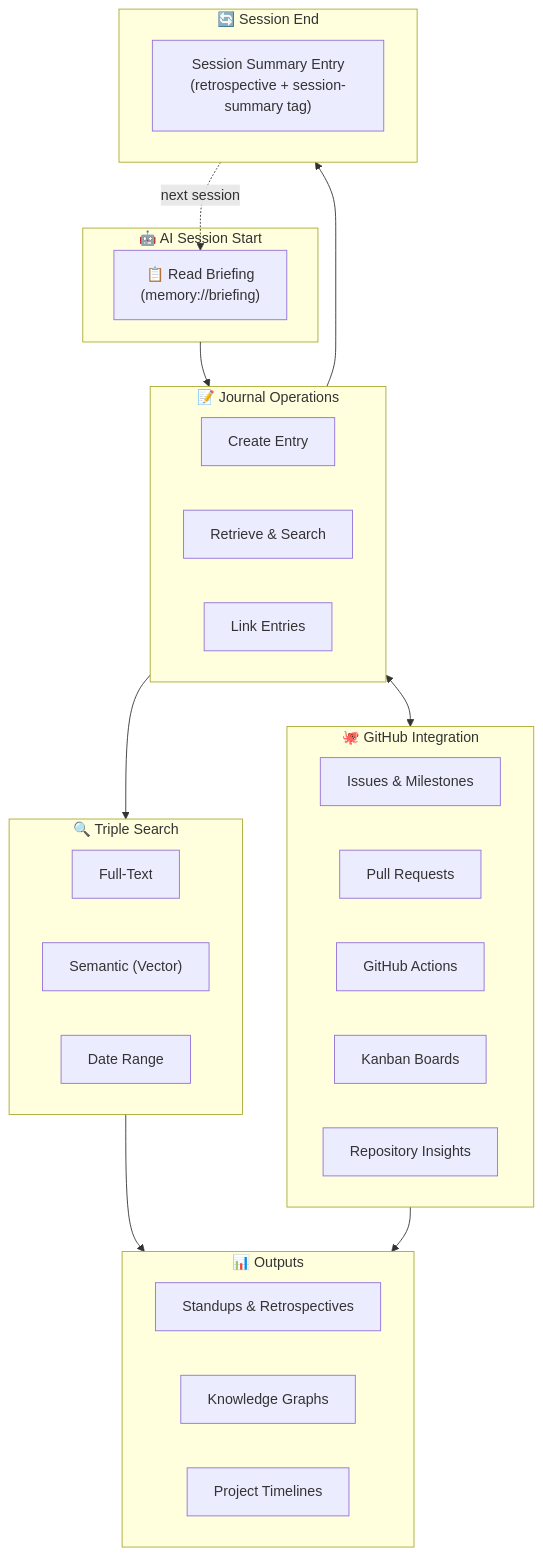
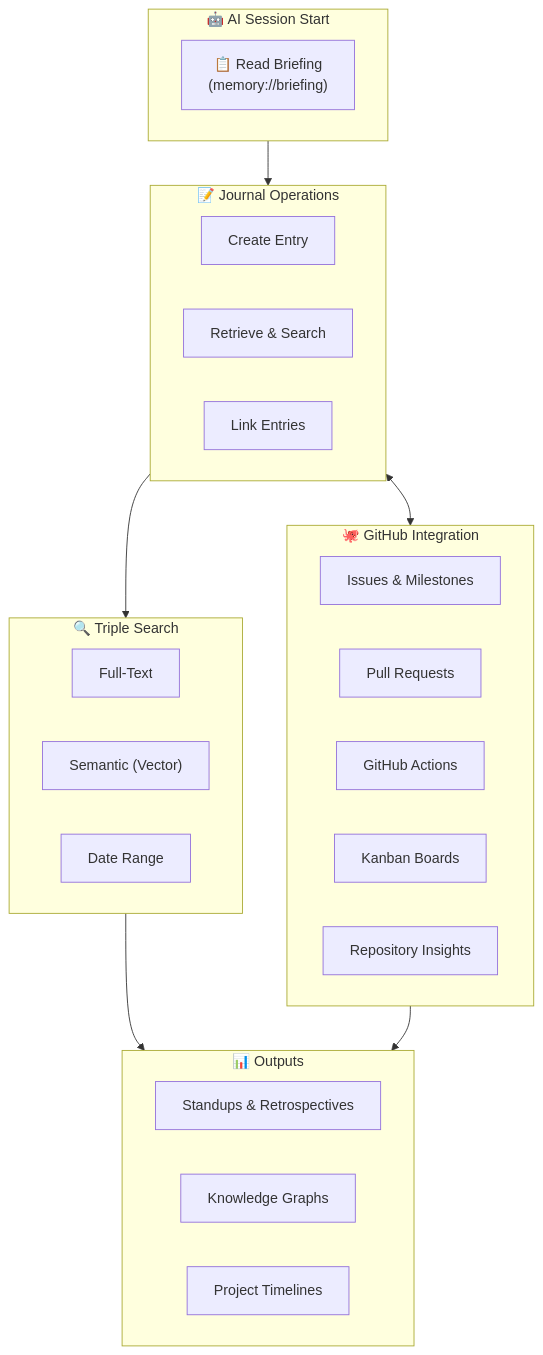
One commit to neverinfamous/memory-journal-mcp changed the first of 2 diagrams in README.md. Above: the diagram before and after it, drawn with Mermaid. The commit also changed other lines of this file and 46 other files, not shown here.

First line of the commit message:
v5.1.0 - Session Summary and Performance Optimization (#228)

````diff
--- a/README.md
+++ b/README.md
@@ -74,44 +73,38 @@
 ```mermaid
 flowchart TB
     subgraph Session["🤖 AI Session Start"]
         Briefing["📋 Read Briefing<br/>(memory://briefing)"]
     end
 
     subgraph Core["📝 Journal Operations"]
         Create["Create Entry"]
         Retrieve["Retrieve & Search"]
         Link["Link Entries"]
     end
 
     subgraph Search["🔍 Triple Search"]
         FTS["Full-Text"]
         Semantic["Semantic (Vector)"]
         DateRange["Date Range"]
     end
 
     subgraph GitHub["🐙 GitHub Integration"]
         Issues["Issues & Milestones"]
         PRs["Pull Requests"]
         Actions["GitHub Actions"]
         Kanban["Kanban Boards"]
         Insights["Repository Insights"]
     end
 
     subgraph Outputs["📊 Outputs"]
         Reports["Standups & Retrospectives"]
         Graphs["Knowledge Graphs"]
         Timeline["Project Timelines"]
     end
 
-    subgraph SessionEnd["🔄 Session End"]
-        Summary["Session Summary Entry<br/>(retrospective + session-summary tag)"]
-    end
-
     Session --> Core
     Core --> Search
     Core <--> GitHub
     Search --> Outputs
     GitHub --> Outputs
-    Core --> SessionEnd
-    SessionEnd -.->|"next session"| Briefing
 ```
````
